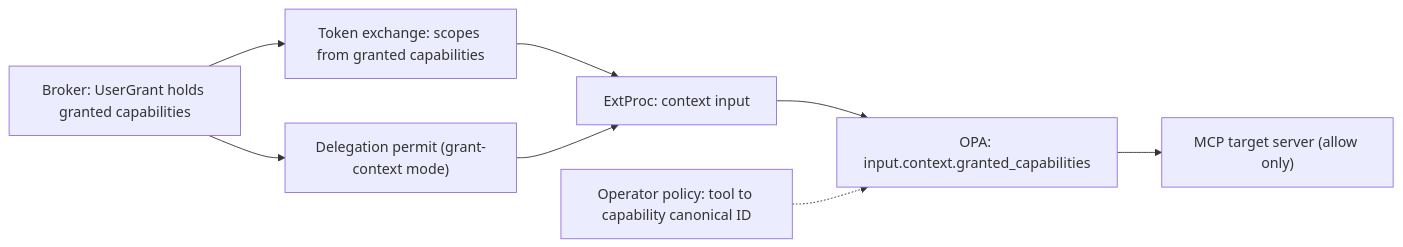
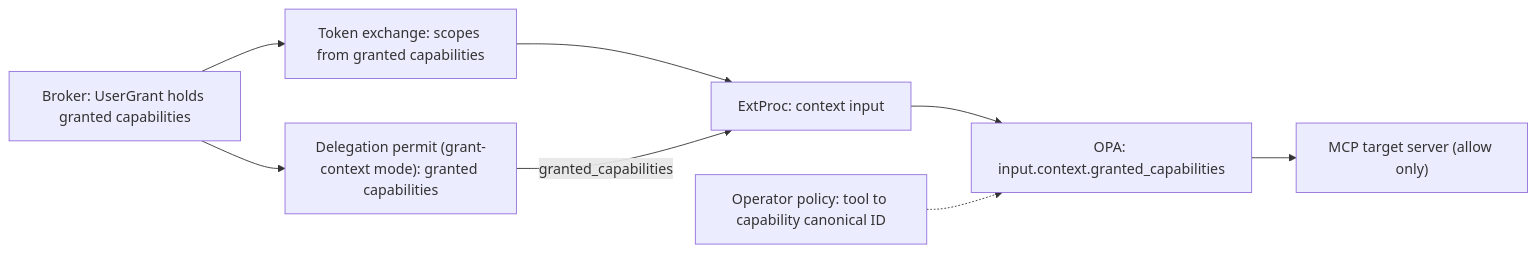
Before and after one commit to zalando-incubator/agentic-identity-broker: the second of 2 diagrams in specs/20261127-140720-capability-model/spec.md, drawn with Mermaid. The commit also changed other lines of this file, not shown here.

First line of the commit message:
docs(specs): deliver granted capabilities only through the delegation permit

````diff
--- a/specs/20261127-140720-capability-model/spec.md
+++ b/specs/20261127-140720-capability-model/spec.md
@@ -329,10 +331,10 @@
 ```mermaid
 flowchart LR
   B["Broker: UserGrant holds granted capabilities"] --> T["Token exchange: scopes from granted capabilities"]
-  B --> G["Delegation permit (grant-context mode)"]
+  B --> G["Delegation permit (grant-context mode): granted capabilities"]
   T --> E["ExtProc: context input"]
-  G --> E
+  G -- "granted_capabilities" --> E
   E --> O["OPA: input.context.granted_capabilities"]
   P["Operator policy: tool to capability canonical ID"] -.-> O
   O --> M["MCP target server (allow only)"]
 ```
````
